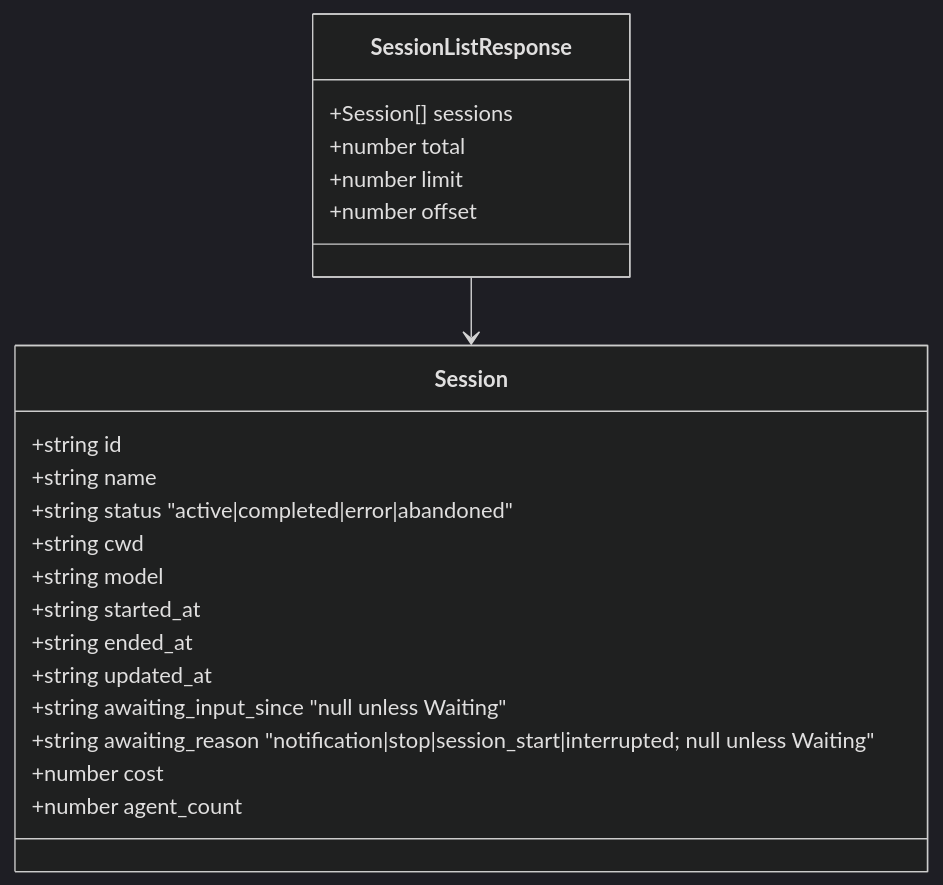
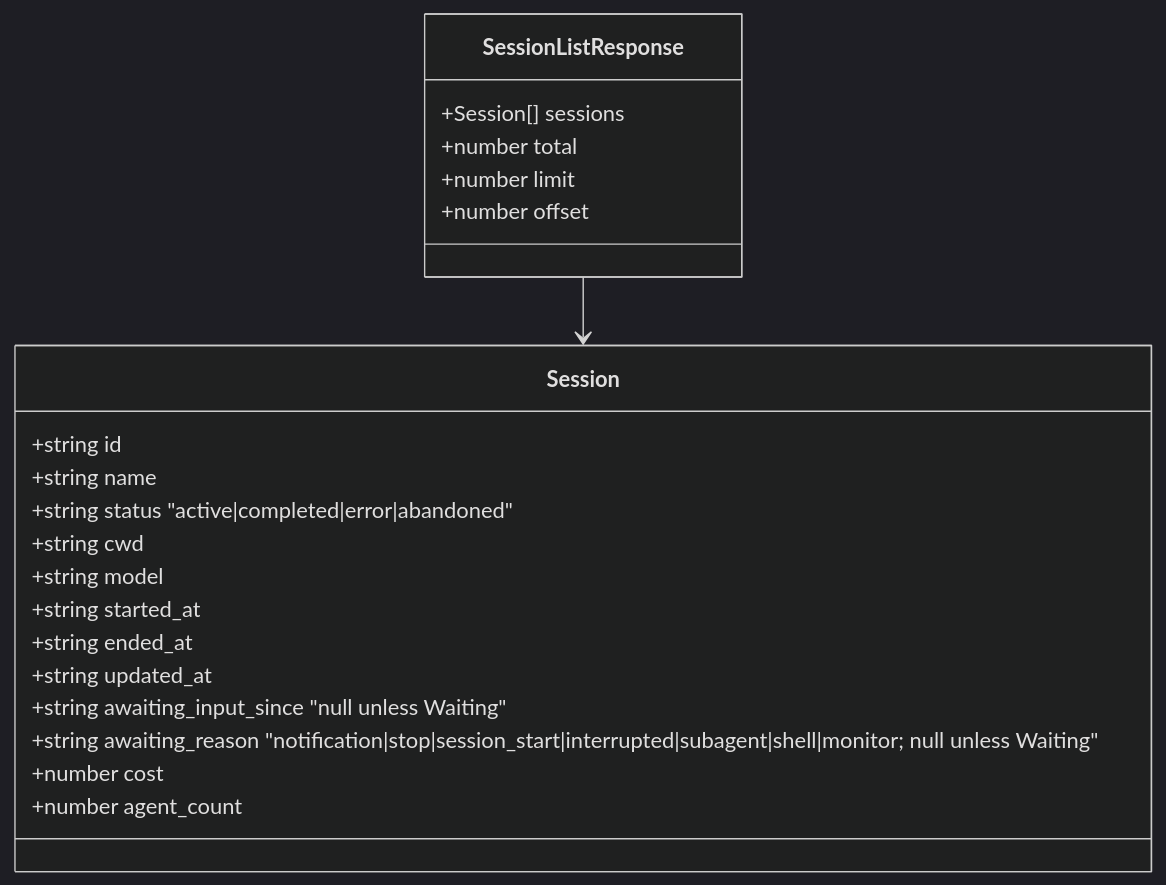
The third of 8 diagrams in docs/API.md (hoangsonww/Claude-Code-Agent-Monitor), drawn with Mermaid (dark theme) before and after one commit. The commit also changed 28 other files, not shown here.

First line of the commit message:
feat(status): distinguish subagent/shell/monitor as active-work awaiting reasons

````diff
--- a/docs/API.md
+++ b/docs/API.md
@@ -156,26 +156,26 @@
 ```mermaid
 classDiagram
     class SessionListResponse {
         +Session[] sessions
         +number total
         +number limit
         +number offset
     }
     
     class Session {
         +string id
         +string name
         +string status "active|completed|error|abandoned"
         +string cwd
         +string model
         +string started_at
         +string ended_at
         +string updated_at
         +string awaiting_input_since "null unless Waiting"
-        +string awaiting_reason "notification|stop|session_start|interrupted; null unless Waiting"
+        +string awaiting_reason "notification|stop|session_start|interrupted|subagent|shell|monitor; null unless Waiting"
         +number cost
         +number agent_count
     }
     
     SessionListResponse --> Session
 ```
````
